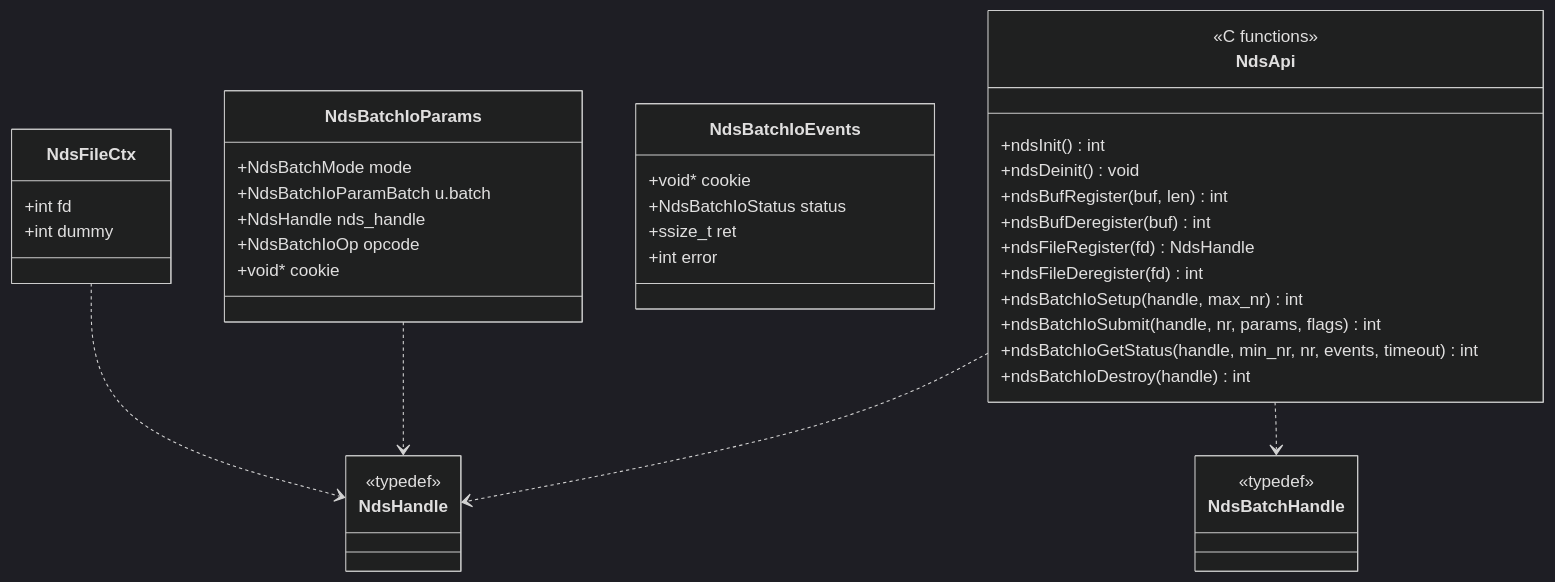
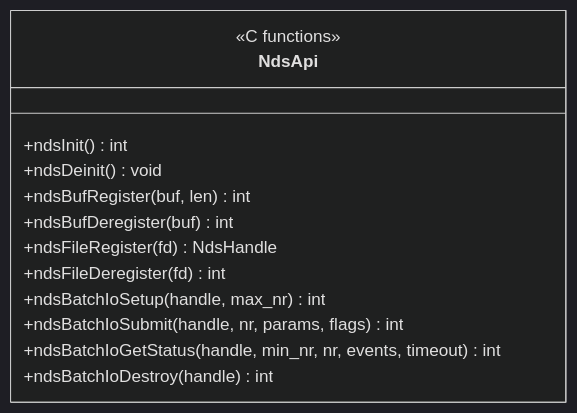
One commit to yz53665/Mooncake changed the fourth of 11 diagrams in docs/rfc-nds-nvmeof-transport-cn.md. Above: the diagram before and after it, drawn with Mermaid (dark theme). The commit also changed other lines of this file and 2 other files, not shown here.

````diff
--- a/docs/rfc-nds-nvmeof-transport-cn.md
+++ b/docs/rfc-nds-nvmeof-transport-cn.md
@@ -237,43 +138,16 @@
 ```mermaid
 classDiagram
-    class NdsFileCtx {
-        +int fd
-        +int dummy
-    }
-    class NdsHandle {
-        <<typedef>>
-    }
-    class NdsBatchHandle {
-        <<typedef>>
-    }
-    class NdsBatchIoParams {
-        +NdsBatchMode mode
-        +NdsBatchIoParamBatch u.batch
-        +NdsHandle nds_handle
-        +NdsBatchIoOp opcode
-        +void* cookie
-    }
-    class NdsBatchIoEvents {
-        +void* cookie
-        +NdsBatchIoStatus status
-        +ssize_t ret
-        +int error
-    }
     class NdsApi {
         <<C functions>>
         +ndsInit() int
         +ndsDeinit() void
         +ndsBufRegister(buf, len) int
         +ndsBufDeregister(buf) int
         +ndsFileRegister(fd) NdsHandle
         +ndsFileDeregister(fd) int
         +ndsBatchIoSetup(handle, max_nr) int
         +ndsBatchIoSubmit(handle, nr, params, flags) int
         +ndsBatchIoGetStatus(handle, min_nr, nr, events, timeout) int
         +ndsBatchIoDestroy(handle) int
     }
-    NdsFileCtx ..> NdsHandle
-    NdsBatchIoParams ..> NdsHandle
-    NdsApi ..> NdsHandle
-    NdsApi ..> NdsBatchHandle
 ```
````
